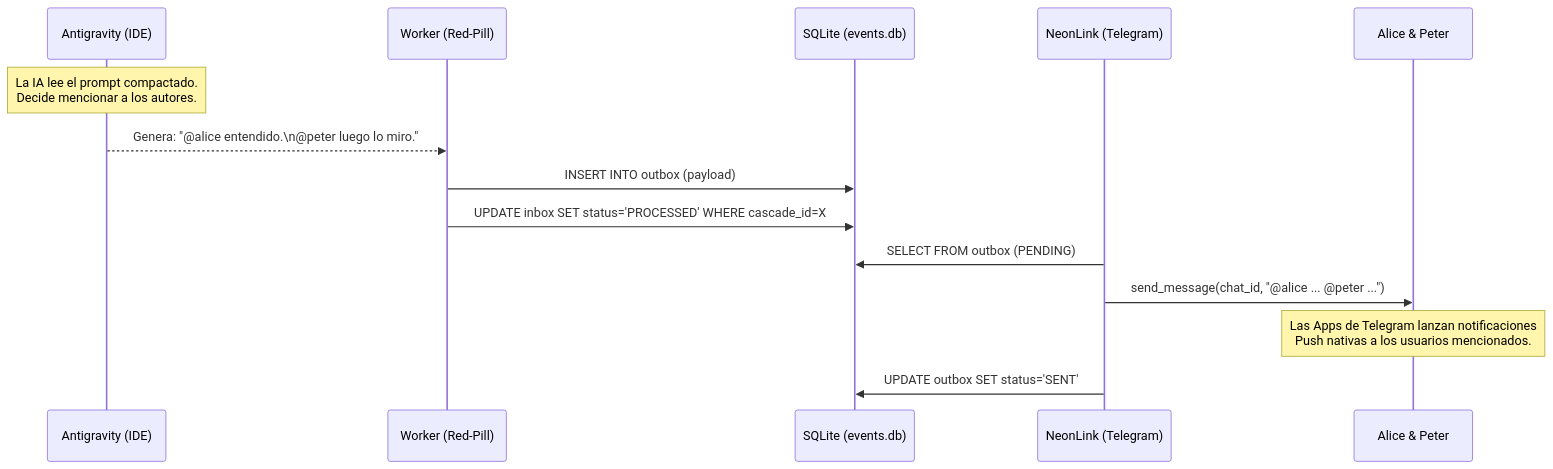
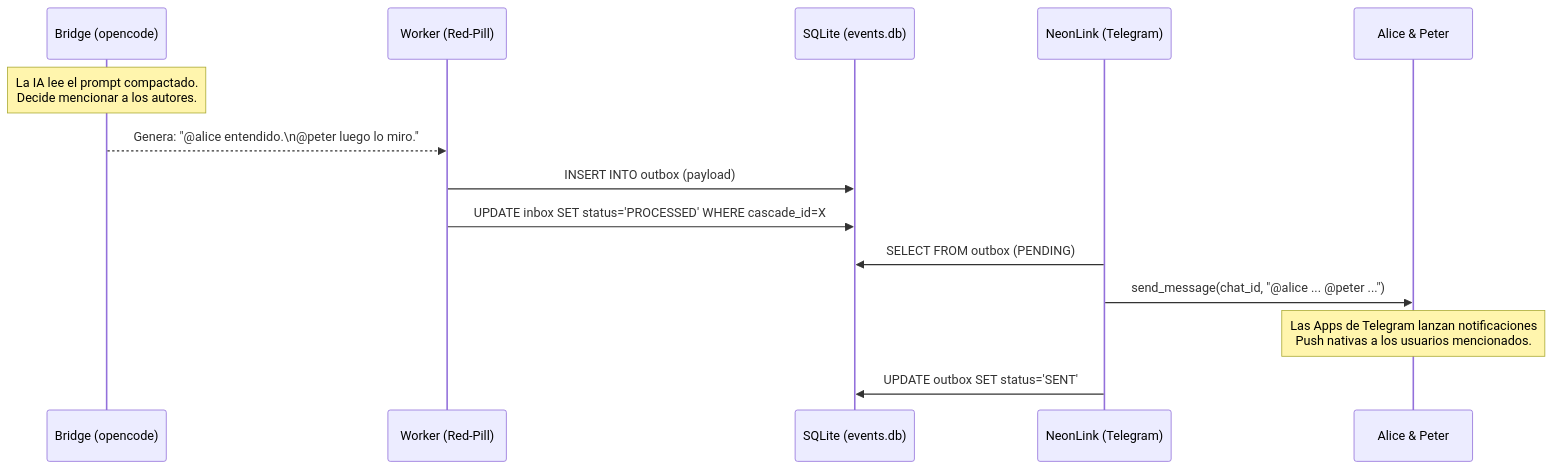
Before and after one commit to joanfgarcia/antigravity-red-pill: the second of 2 diagrams in docs/TECHNICAL/SWARM/NEON_LINK_ROUTING.md, drawn with Mermaid. The commit also changed other lines of this file and 306 other files, not shown here.

````diff
--- a/docs/TECHNICAL/SWARM/NEON_LINK_ROUTING.md
+++ b/docs/TECHNICAL/SWARM/NEON_LINK_ROUTING.md
@@ -64,17 +66,17 @@
 ```mermaid
 sequenceDiagram
-    participant Antigravity (IDE)
+    participant Bridge (opencode)
     participant Worker (Red-Pill)
     participant SQLite (events.db)
     participant NeonLink (Telegram)
     participant Alice & Peter
 
-    Note over Antigravity (IDE): La IA lee el prompt compactado.<br/>Decide mencionar a los autores.
-    Antigravity (IDE)-->>Worker (Red-Pill): Genera: "@alice entendido.\n@peter luego lo miro."
+    Note over Bridge (opencode): La IA lee el prompt compactado.<br/>Decide mencionar a los autores.
+    Bridge (opencode)-->>Worker (Red-Pill): Genera: "@alice entendido.\n@peter luego lo miro."
     Worker (Red-Pill)->>SQLite (events.db): INSERT INTO outbox (payload)
     Worker (Red-Pill)->>SQLite (events.db): UPDATE inbox SET status='PROCESSED' WHERE cascade_id=X
     NeonLink (Telegram)->>SQLite (events.db): SELECT FROM outbox (PENDING)
     NeonLink (Telegram)->>Alice & Peter: send_message(chat_id, "@alice ... @peter ...")
     Note over Alice & Peter: Las Apps de Telegram lanzan notificaciones<br/>Push nativas a los usuarios mencionados.
     NeonLink (Telegram)->>SQLite (events.db): UPDATE outbox SET status='SENT'
 ```
````
